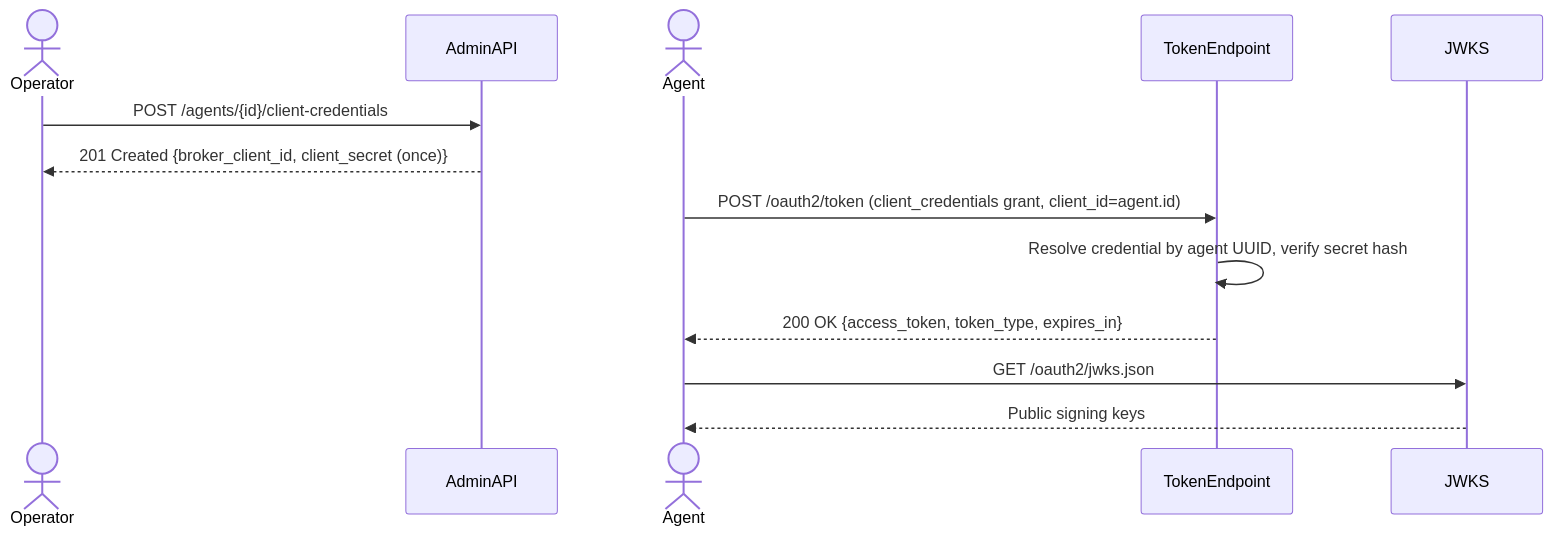
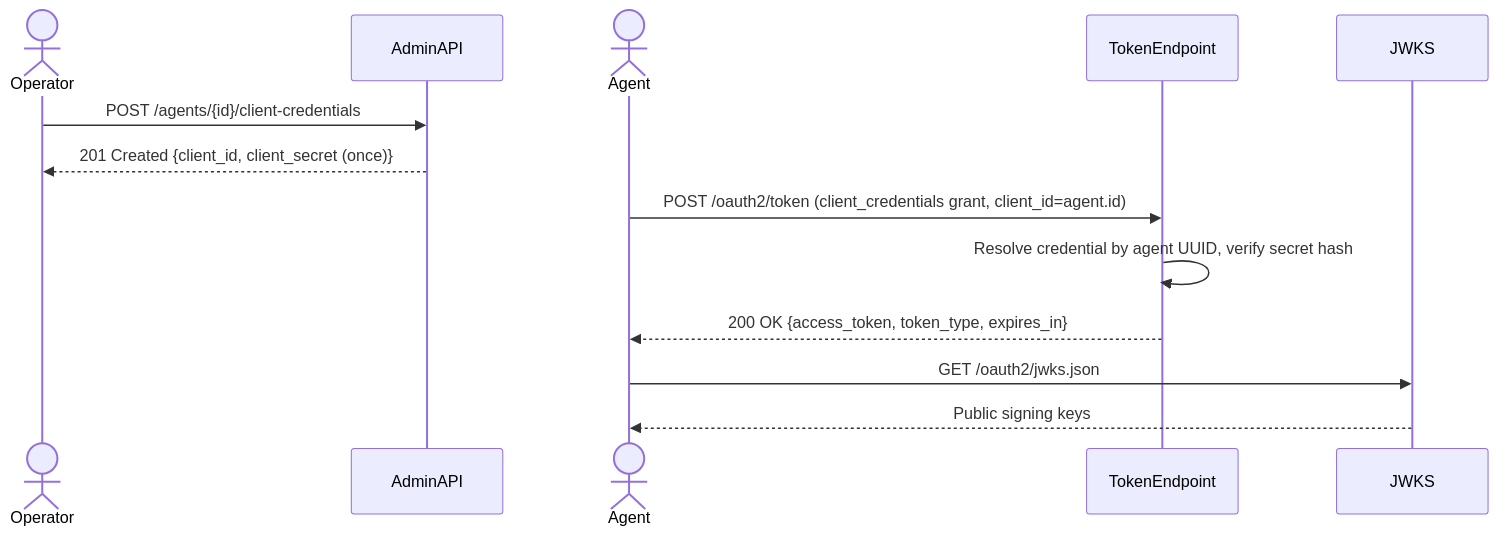
Before and after one commit to axsaucedo/agentic-identity-broker: the second of 2 diagrams in specs/025-oauth2-server/spec.md, drawn with Mermaid. The commit also changed other lines of this file and 7 other files, not shown here.

Commit message:
docs(specs): rename broker_client_id to client_id in spec documents

````diff
--- a/specs/025-oauth2-server/spec.md
+++ b/specs/025-oauth2-server/spec.md
@@ -228,18 +228,18 @@
 ```mermaid
 sequenceDiagram
     actor Operator
     participant AdminAPI
     actor Agent
     participant TokenEndpoint
     participant JWKS
 
     Operator->>AdminAPI: POST /agents/{id}/client-credentials
-    AdminAPI-->>Operator: 201 Created {broker_client_id, client_secret (once)}
+    AdminAPI-->>Operator: 201 Created {client_id, client_secret (once)}
 
     Agent->>TokenEndpoint: POST /oauth2/token (client_credentials grant, client_id=agent.id)
     TokenEndpoint->>TokenEndpoint: Resolve credential by agent UUID, verify secret hash
     TokenEndpoint-->>Agent: 200 OK {access_token, token_type, expires_in}
 
     Agent->>JWKS: GET /oauth2/jwks.json
     JWKS-->>Agent: Public signing keys
 ```
````
